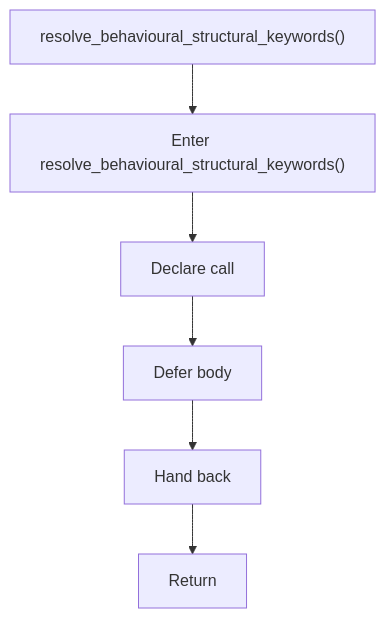
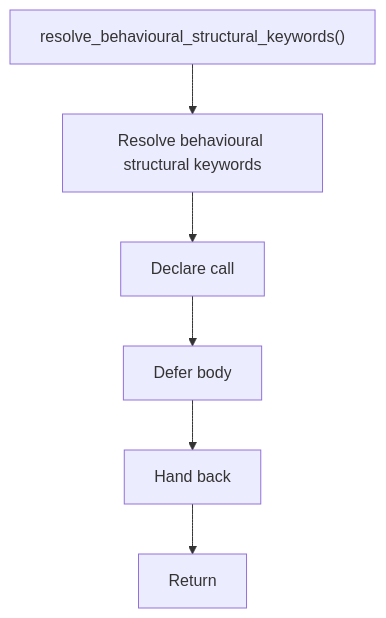
The second of 2 diagrams in docs/Codebase/Microservice/Modules/Header/SyntacticBrokenAST/Analysis/Patterns/Behavioural/Structure/core.hpp.md (JohnAndrewBalbarosa/NeoTerritory), drawn with Mermaid before and after one commit. The commit also changed other lines of this file and 925 other files, not shown here.

````diff
--- a/docs/Codebase/Microservice/Modules/Header/SyntacticBrokenAST/Analysis/Patterns/Behavioural/Structure/core.hpp.md
+++ b/docs/Codebase/Microservice/Modules/Header/SyntacticBrokenAST/Analysis/Patterns/Behavioural/Structure/core.hpp.md
@@ -66,14 +65,14 @@
 ```mermaid
 flowchart TD
     Start["resolve_behavioural_structural_keywords()"]
-    N0["Enter resolve_behavioural_structural_keywords()"]
+    N0["Resolve behavioural structural keywords"]
     N1["Declare call"]
     N2["Defer body"]
     N3["Hand back"]
     End["Return"]
     Start --> N0
     N0 --> N1
     N1 --> N2
     N2 --> N3
     N3 --> End
 ```
````
